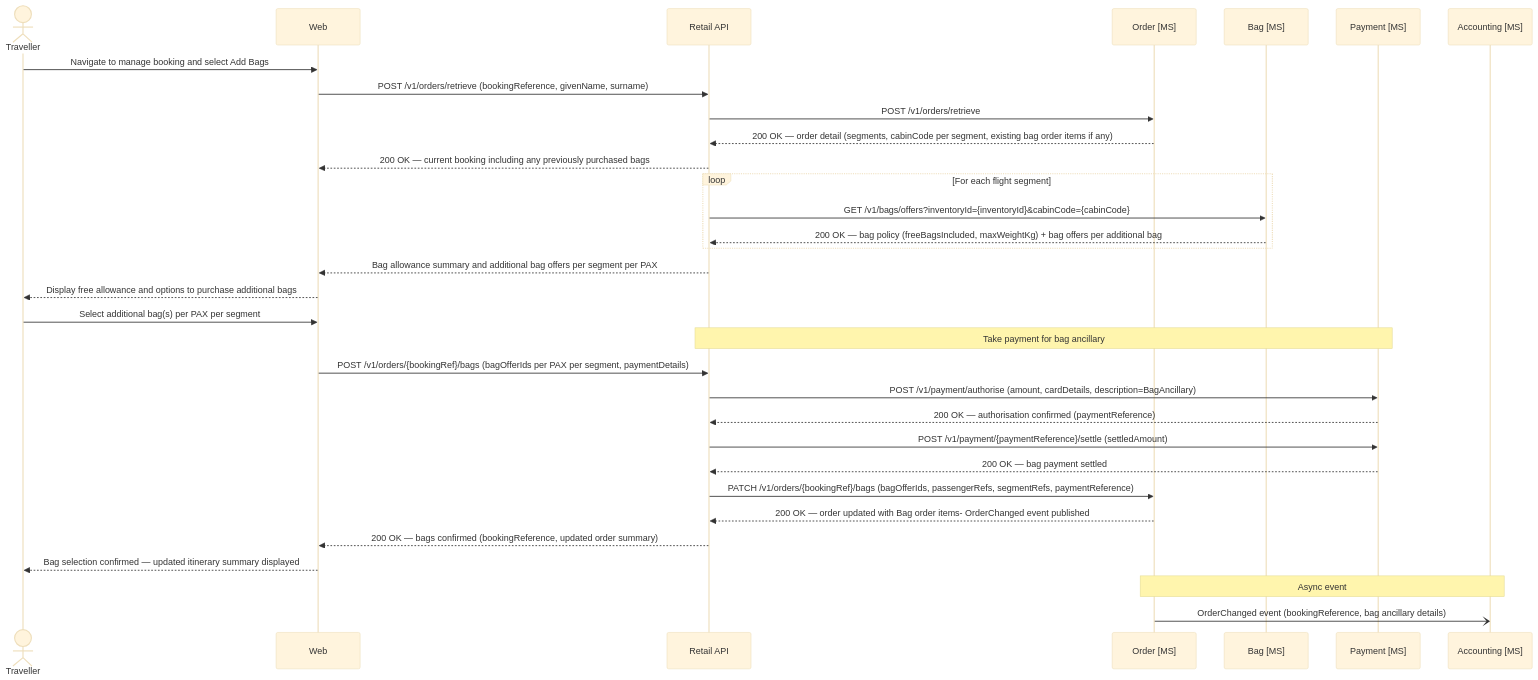
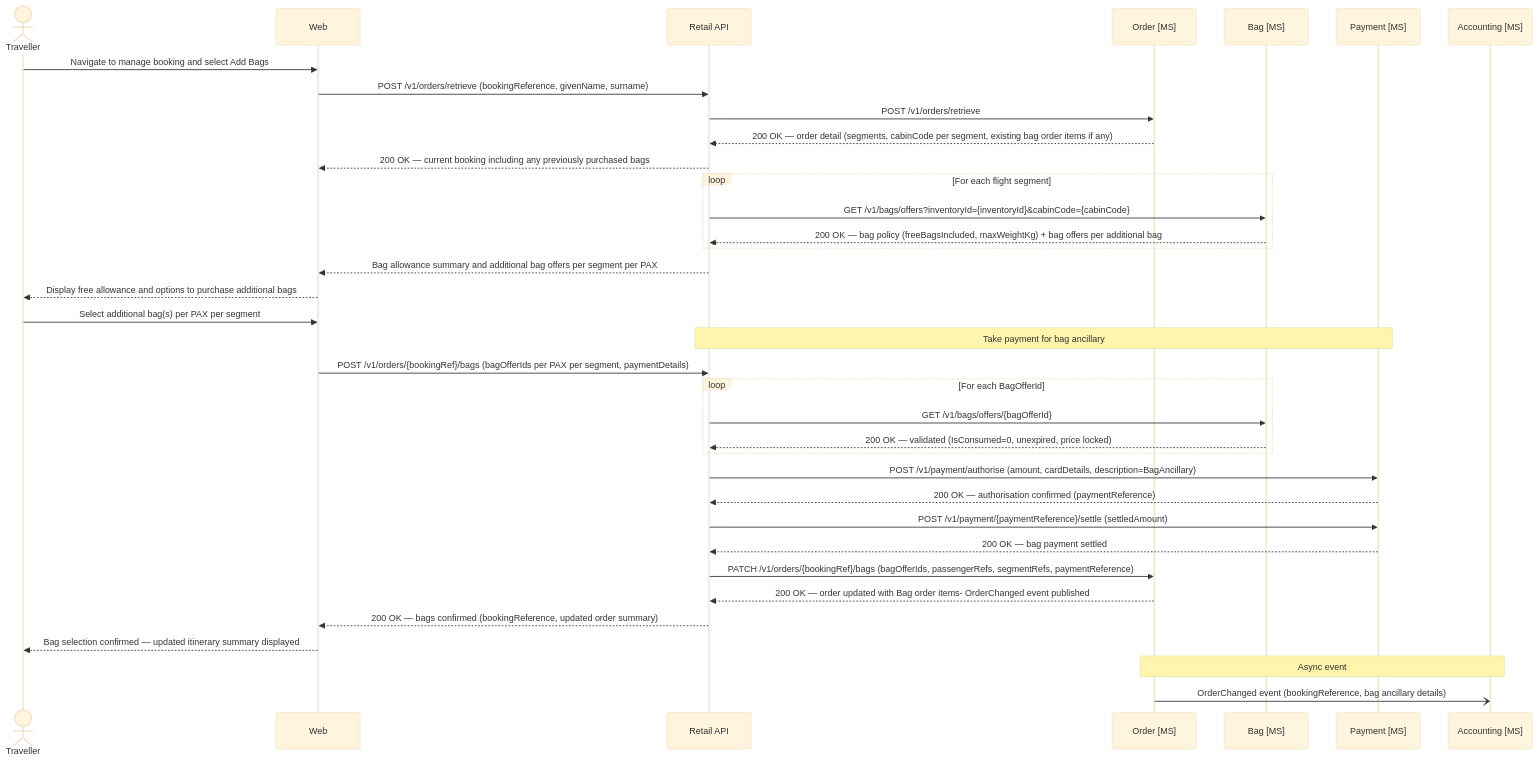
Diagram 17 of 27 in documentation/design.md (sebharvey/airline-reservation-system), drawn with Mermaid (base theme) before and after one commit. The commit also changed other lines of this file and 1 other file, not shown here.

````diff
--- a/documentation/design.md
+++ b/documentation/design.md
@@ -2598,43 +2606,47 @@
 ```mermaid
 sequenceDiagram
     actor Traveller
     participant Web
     participant RetailAPI as Retail API
     participant OrderMS as Order [MS]
     participant BagMS as Bag [MS]
     participant PaymentMS as Payment [MS]
     participant AccountingMS as Accounting [MS]
 
     Traveller->>Web: Navigate to manage booking and select Add Bags
 
     Web->>RetailAPI: POST /v1/orders/retrieve (bookingReference, givenName, surname)
     RetailAPI->>OrderMS: POST /v1/orders/retrieve
     OrderMS-->>RetailAPI: 200 OK — order detail (segments, cabinCode per segment, existing bag order items if any)
     RetailAPI-->>Web: 200 OK — current booking including any previously purchased bags
 
     loop For each flight segment
         RetailAPI->>BagMS: GET /v1/bags/offers?inventoryId={inventoryId}&cabinCode={cabinCode}
         BagMS-->>RetailAPI: 200 OK — bag policy (freeBagsIncluded, maxWeightKg) + bag offers per additional bag
     end
 
     RetailAPI-->>Web: Bag allowance summary and additional bag offers per segment per PAX
     Web-->>Traveller: Display free allowance and options to purchase additional bags
 
     Traveller->>Web: Select additional bag(s) per PAX per segment
 
     Note over RetailAPI, PaymentMS: Take payment for bag ancillary
     Web->>RetailAPI: POST /v1/orders/{bookingRef}/bags (bagOfferIds per PAX per segment, paymentDetails)
+    loop For each BagOfferId
+        RetailAPI->>BagMS: GET /v1/bags/offers/{bagOfferId}
+        BagMS-->>RetailAPI: 200 OK — validated (IsConsumed=0, unexpired, price locked)
+    end
     RetailAPI->>PaymentMS: POST /v1/payment/authorise (amount, cardDetails, description=BagAncillary)
     PaymentMS-->>RetailAPI: 200 OK — authorisation confirmed (paymentReference)
     RetailAPI->>PaymentMS: POST /v1/payment/{paymentReference}/settle (settledAmount)
     PaymentMS-->>RetailAPI: 200 OK — bag payment settled
 
     RetailAPI->>OrderMS: PATCH /v1/orders/{bookingRef}/bags (bagOfferIds, passengerRefs, segmentRefs, paymentReference)
     OrderMS-->>RetailAPI: 200 OK — order updated with Bag order items- OrderChanged event published
 
     RetailAPI-->>Web: 200 OK — bags confirmed (bookingReference, updated order summary)
     Web-->>Traveller: Bag selection confirmed — updated itinerary summary displayed
 
     Note over OrderMS, AccountingMS: Async event
     OrderMS-)AccountingMS: OrderChanged event (bookingReference, bag ancillary details)
 ```
````
